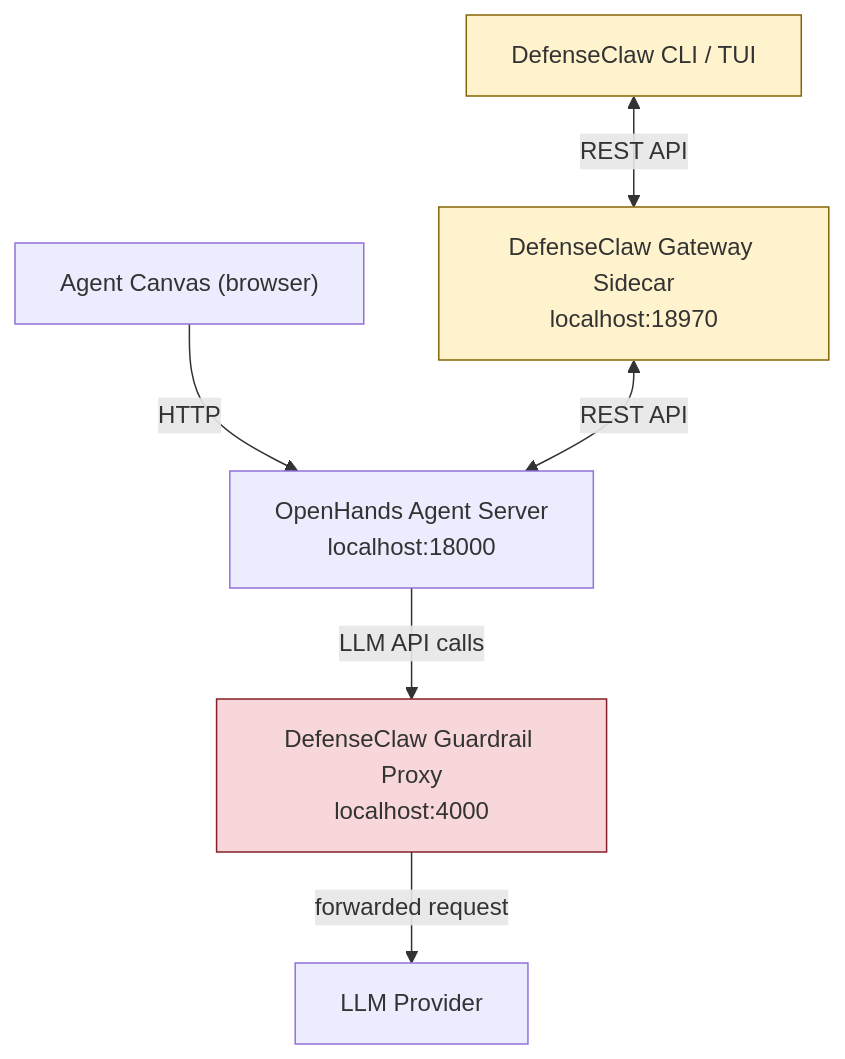
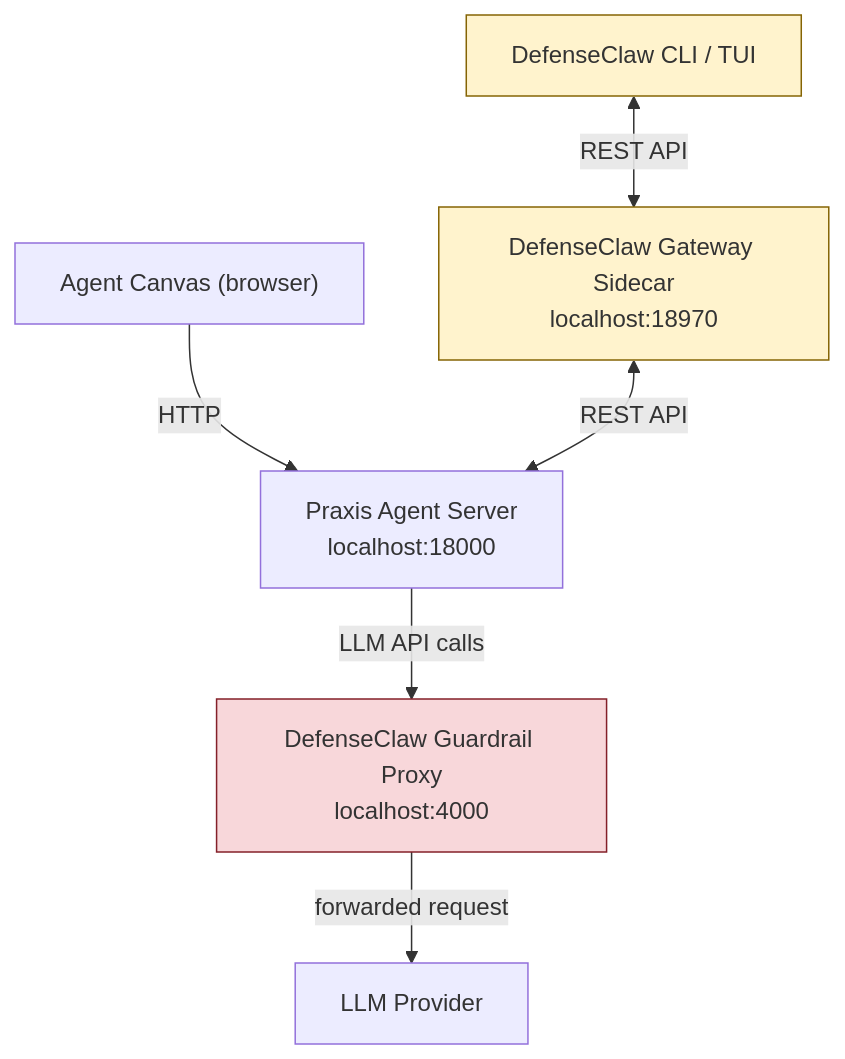
The diagram in docs/DefenseClaw.md (Praxiss-Lab/Praxis), drawn with Mermaid before and after one commit. The commit also changed other lines of this file and 335 other files, not shown here.

````diff
--- a/docs/DefenseClaw.md
+++ b/docs/DefenseClaw.md
@@ -11,19 +11,19 @@
 ```mermaid
 flowchart TD
     UI["Agent Canvas (browser)"]
-    AS["OpenHands Agent Server\nlocalhost:18000"]
+    AS["Praxis Agent Server\nlocalhost:18000"]
     GP["DefenseClaw Guardrail Proxy\nlocalhost:4000"]
     LLM["LLM Provider"]
     GW["DefenseClaw Gateway Sidecar\nlocalhost:18970"]
     CLI["DefenseClaw CLI / TUI"]
 
     UI -->|HTTP| AS
     AS -->|LLM API calls| GP
     GP -->|forwarded request| LLM
     GW <-->|REST API| AS
     CLI <-->|REST API| GW
 
     style GW fill:#fff3cd,stroke:#856404
     style CLI fill:#fff3cd,stroke:#856404
     style GP fill:#f8d7da,stroke:#842029
 ```
````
